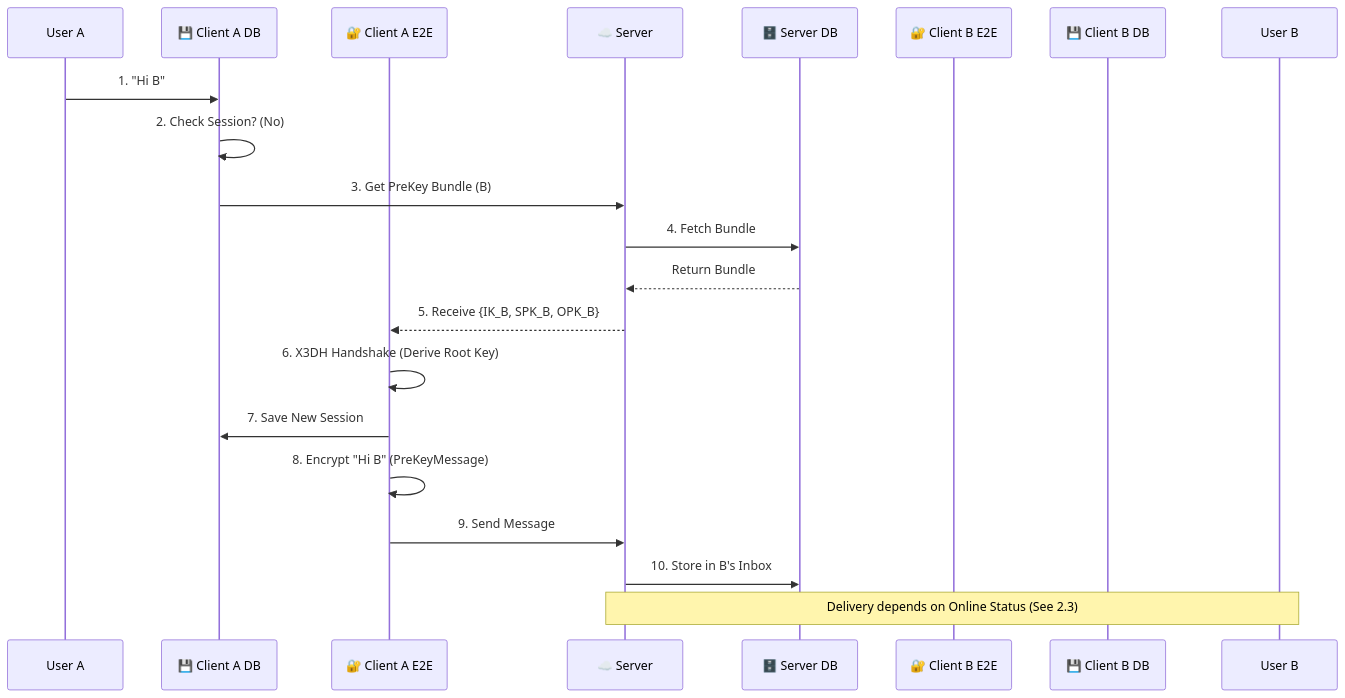
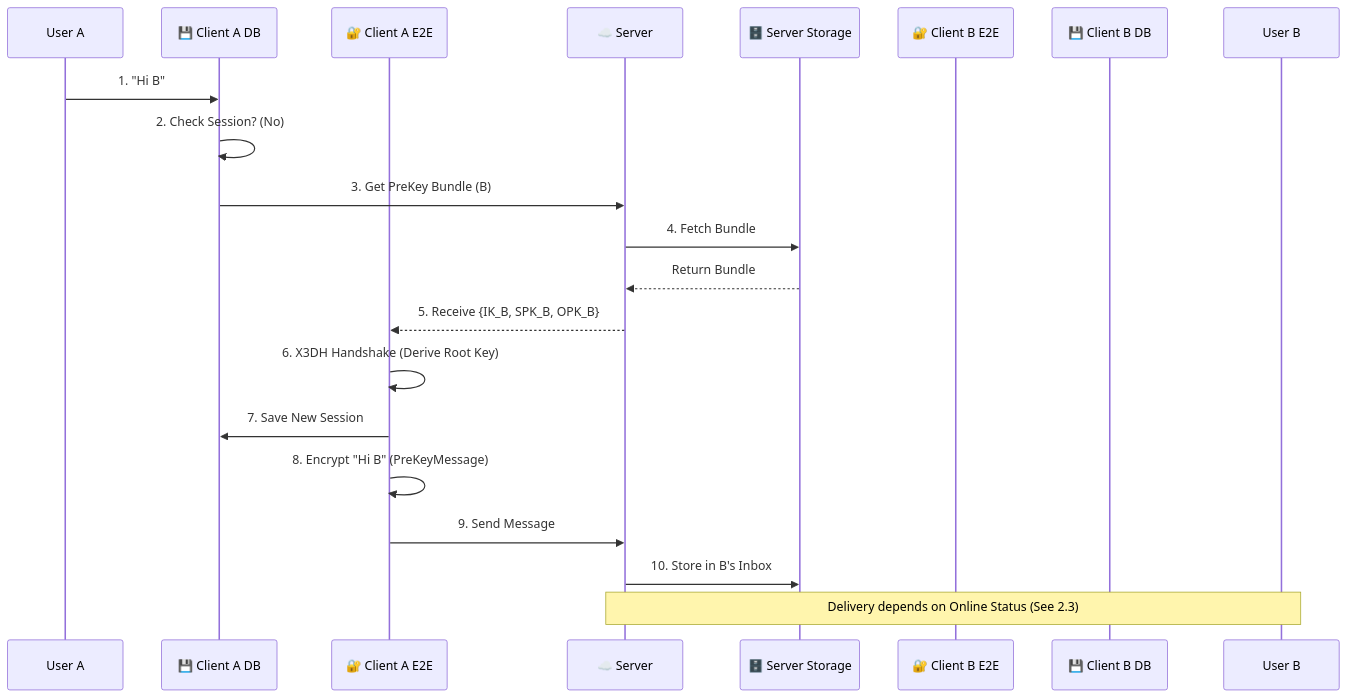
One commit to sameerctinfotech/temp-share changed the fourth of 18 diagrams in use_case.md. Above: the diagram before and after it, drawn with Mermaid. The commit also changed other lines of this file, not shown here.

````diff
--- a/use_case.md
+++ b/use_case.md
@@ -88,28 +88,28 @@
 ```mermaid
 sequenceDiagram
     participant UA as User A
     participant CA_DB as 💾 Client A DB
     participant CA_E2E as 🔐 Client A E2E
     participant Server as ☁️ Server
-    participant SDB as 🗄️ Server DB
+    participant SS as 🗄️ Server Storage
     participant CB_E2E as 🔐 Client B E2E
     participant CB_DB as 💾 Client B DB
     participant UB as User B
 
     UA->>CA_DB: 1. "Hi B"
     CA_DB->>CA_DB: 2. Check Session? (No)
     
     CA_DB->>Server: 3. Get PreKey Bundle (B)
-    Server->>SDB: 4. Fetch Bundle
-    SDB-->>Server: Return Bundle
+    Server->>SS: 4. Fetch Bundle
+    SS-->>Server: Return Bundle
     Server-->>CA_E2E: 5. Receive {IK_B, SPK_B, OPK_B}
     
     CA_E2E->>CA_E2E: 6. X3DH Handshake (Derive Root Key)
     CA_E2E->>CA_DB: 7. Save New Session
     CA_E2E->>CA_E2E: 8. Encrypt "Hi B" (PreKeyMessage)
     
     CA_E2E->>Server: 9. Send Message
-    Server->>SDB: 10. Store in B's Inbox
+    Server->>SS: 10. Store in B's Inbox
     
     Note over Server, UB: Delivery depends on Online Status (See 2.3)
 ```
````
